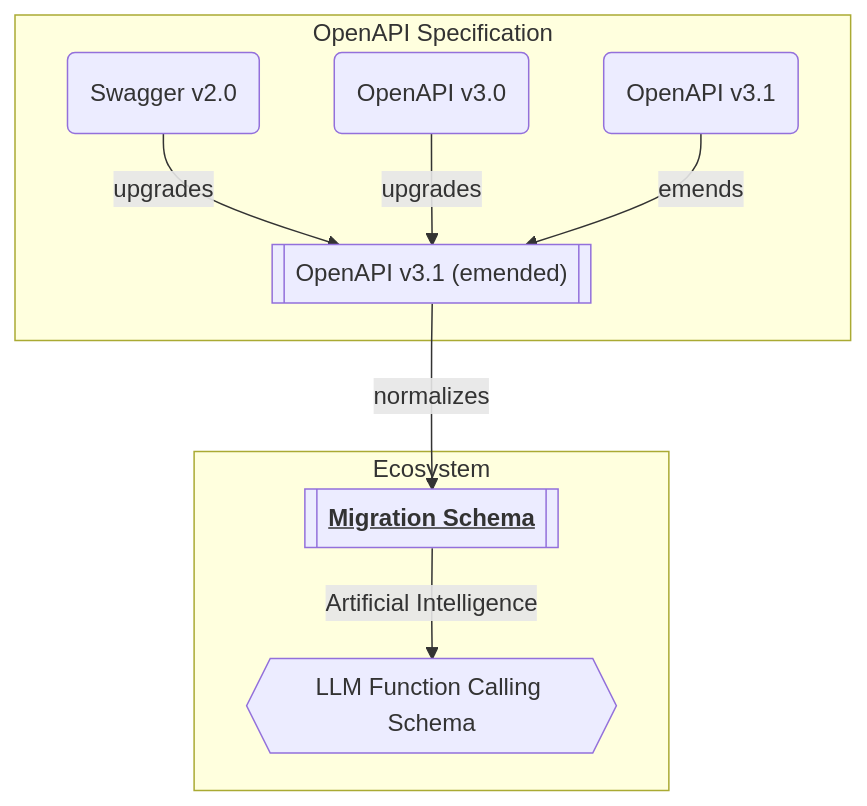
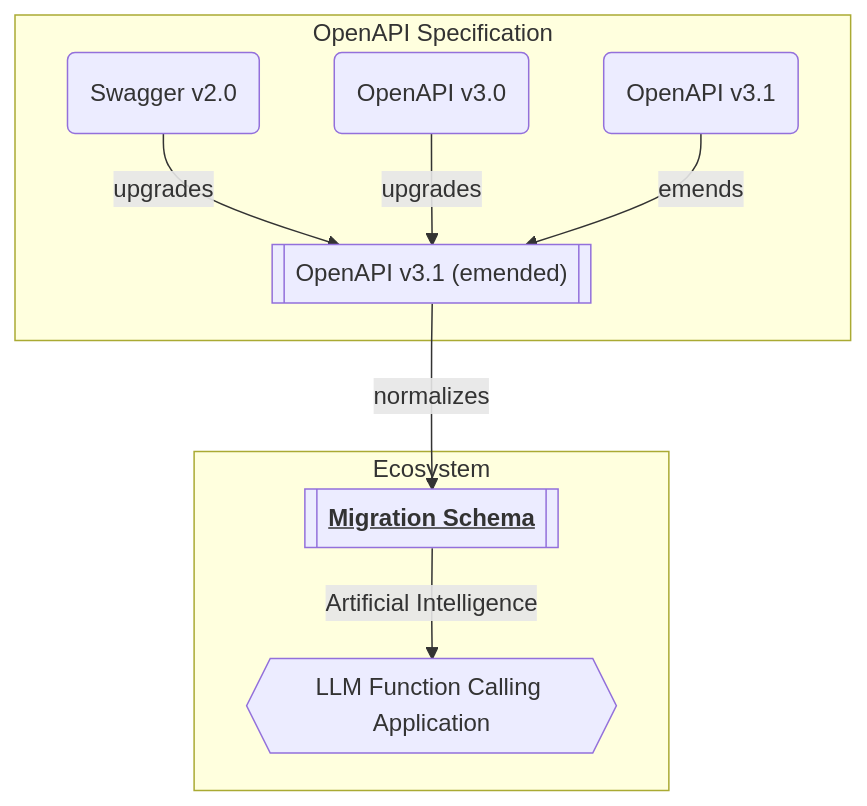
Before and after one commit to samchon/openapi: the first of 3 diagrams in README.md, drawn with Mermaid. The commit also changed other lines of this file and 5 other files, not shown here.

````diff
--- a/README.md
+++ b/README.md
@@ -2,12 +2,12 @@
 ```mermaid
 flowchart
   subgraph "OpenAPI Specification"
     v20("Swagger v2.0") --upgrades--> emended[["OpenAPI v3.1 (emended)"]]
     v30("OpenAPI v3.0") --upgrades--> emended
     v31("OpenAPI v3.1") --emends--> emended
   end
   subgraph "Ecosystem"
     emended --normalizes--> migration[["<b><u>Migration Schema</u></b>"]]
-    migration --"Artificial Intelligence"--> lfc{{"LLM Function Calling Schema"}}
+    migration --"Artificial Intelligence"--> lfc{{"LLM Function Calling Application"}}
   end
 ```
````
